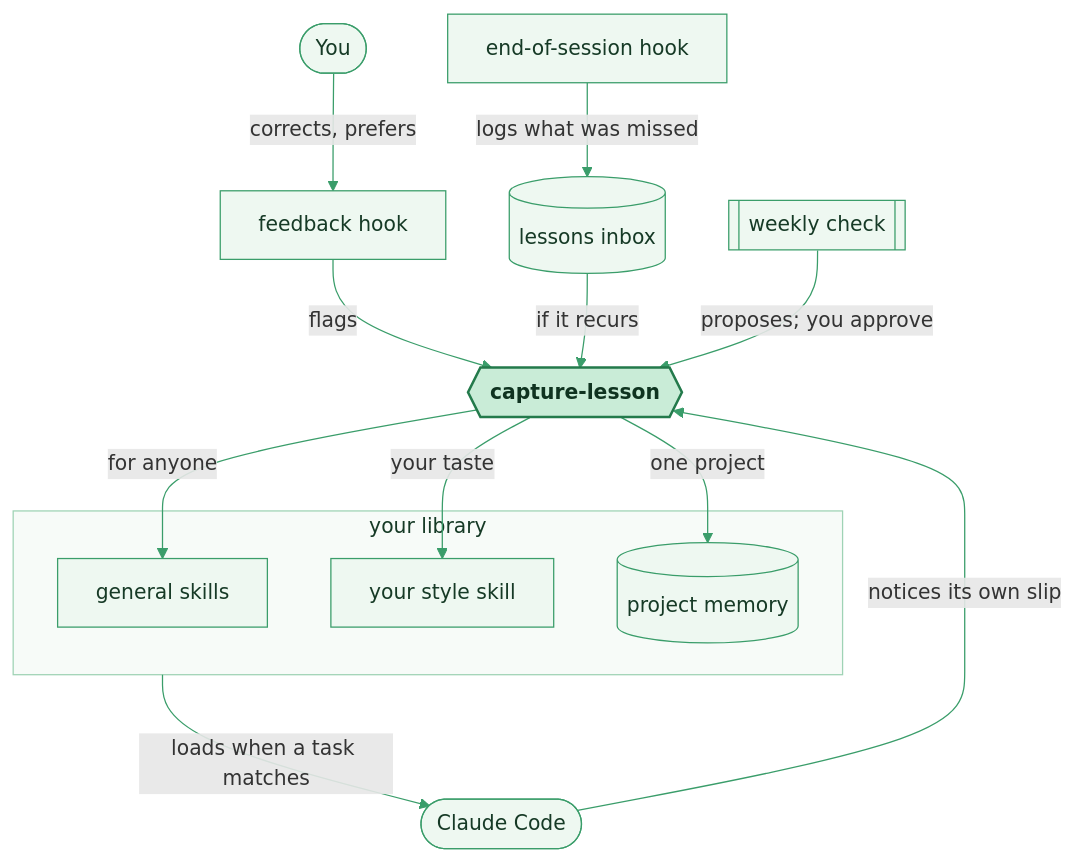
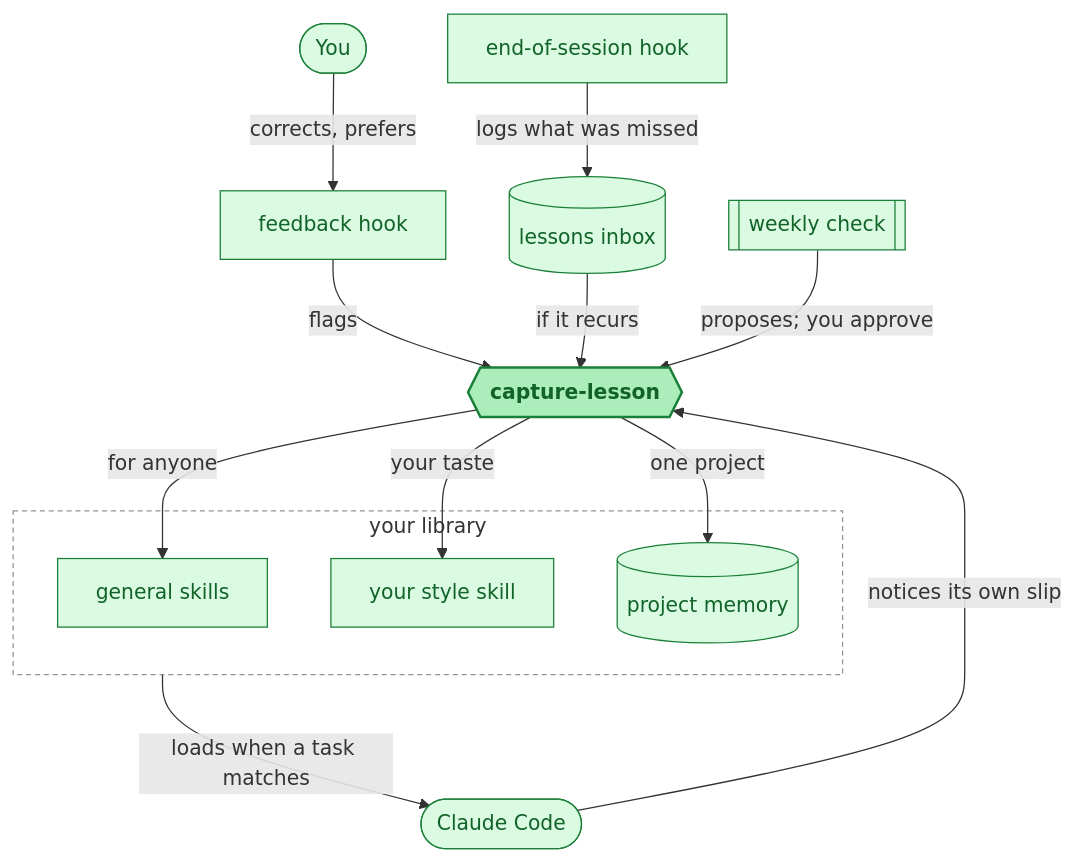
Before and after one commit to kat-titter/claude-code-learns: the diagram in README.md, drawn with Mermaid. The commit also changed other lines of this file and 1 other file, not shown here.

Commit message:
Palette: three colours (GitHub greys, Primer green, GitHub's fixed link blue). Diagram in Primer greens with theme-grey arrows and a dashed library outline; plain code fences; explainer accent green, darker footprint bars

````diff
--- a/README.md
+++ b/README.md
@@ -13,30 +13,29 @@
 ```mermaid
 flowchart TB
   you(["You"])
   agent(["Claude Code"])
   hook["feedback hook"]
   stop["end-of-session hook"]
   inbox[("lessons inbox")]
   cap{{"capture-lesson"}}
   week[["weekly check"]]
   subgraph lib ["your library"]
     general["general skills"]
     taste["your style skill"]
     memory[("project memory")]
   end
   you -->|"corrects, prefers"| hook
   hook -->|"flags"| cap
   agent -->|"notices its own slip"| cap
   stop -->|"logs what was missed"| inbox
   inbox -->|"if it recurs"| cap
   cap -->|"for anyone"| general
   cap -->|"your taste"| taste
   cap -->|"one project"| memory
   lib -->|"loads when a task matches"| agent
   week -->|"proposes; you approve"| cap
-  classDef default fill:#eef8f1,stroke:#3a9d6a,color:#163a26
-  classDef core fill:#c9ecd7,stroke:#237a4b,stroke-width:2px,color:#0f3320,font-weight:bold
+  classDef default fill:#dafbe1,stroke:#1a7f37,color:#116329
+  classDef core fill:#aceebb,stroke:#1a7f37,stroke-width:2px,color:#116329,font-weight:bold
   class cap core
-  style lib fill:#f7fbf8,stroke:#9fd3b5,color:#163a26
-  linkStyle default stroke:#3a9d6a
+  style lib fill:none,stroke:#8c959f,stroke-dasharray:4 3
 ```
````
